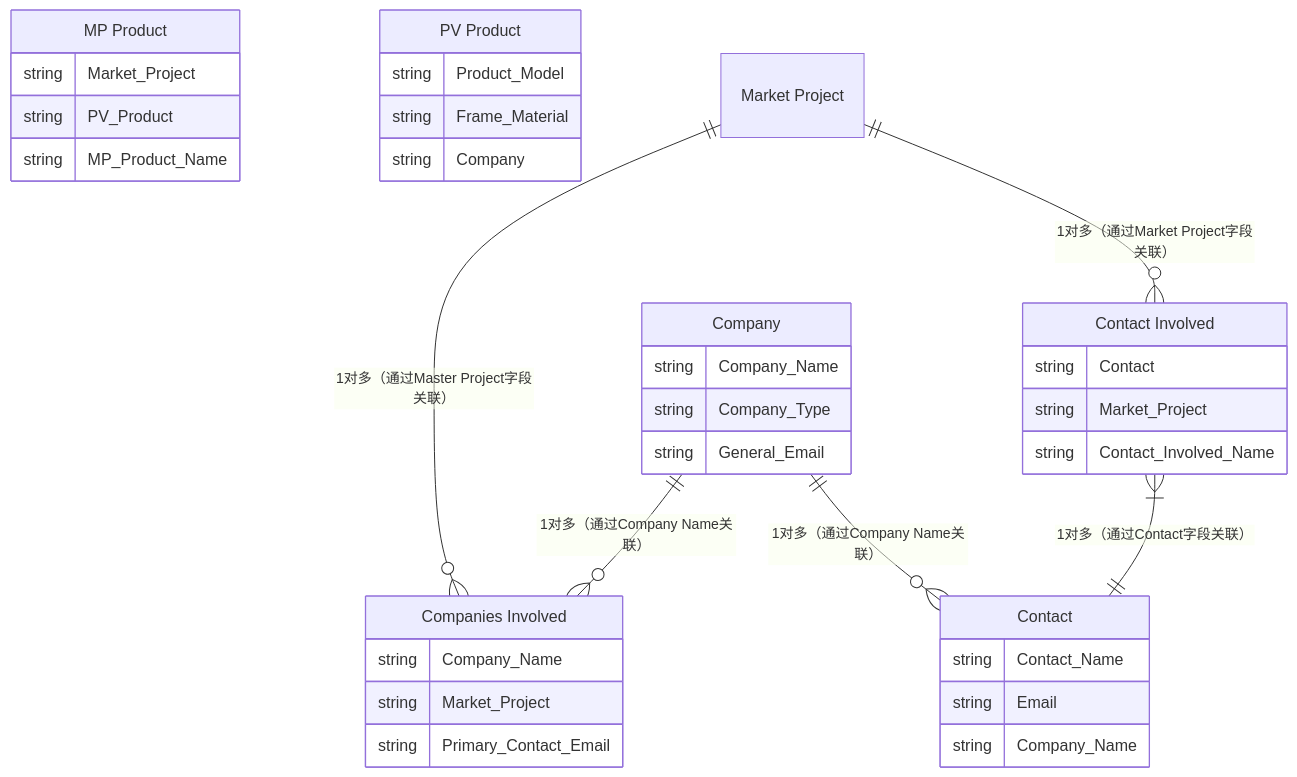
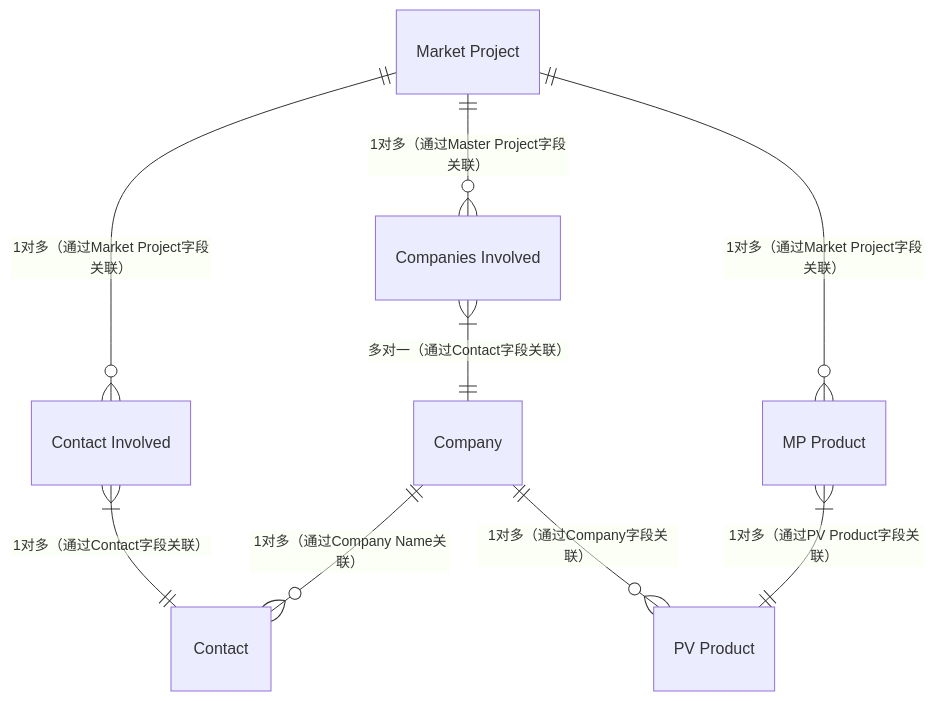
The diagram in all/Norden数据E-R图(7个对象，+contact).md (zhangziru-33/iodraw-files), drawn with Mermaid before and after one commit.

Commit message:
2025-12-04 14:54:18 update

````diff
--- a/all/Norden数据E-R图(7个对象，+contact).md
+++ b/all/Norden数据E-R图(7个对象，+contact).md
@@ -1,48 +1,20 @@
 ```mermaid
 erDiagram
-%% -- 中间关联层最后声明，放在右侧/底部
-    "Companies Involved" {
-        string Company_Name
-        string Market_Project
-        string Primary_Contact_Email
-    }
-    "Contact Involved" {
-        string Contact
-        string Market_Project
-        string Contact_Involved_Name
-    }
-    "MP Product" {
-        string Market_Project
-        string PV_Product
-        string MP_Product_Name
-    }
-    %% -- 核心主实体优先声明，放在左侧/顶部
-    Company {
-        string Company_Name
-        string Company_Type
-        string General_Email
-    }
-   
-    %% -- 关联实体次之，围绕主实体排布
-    Contact {
-        string Contact_Name
-        string Email
-        string Company_Name
-    }
-    "PV Product" {
-        string Product_Model
-        string Frame_Material
-        string Company
-    }
-
     
-    Company ||--o{ "Companies Involved" : "1对多（通过Company Name关联）"
-    %% Company ||--o{ "PV Product" : "1对多（通过Company字段关联）"
-    Company ||--o{ "Contact" : "1对多（通过Company Name关联）"
-    "Market Project" ||--o{ "Companies Involved" : "1对多（通过Master Project字段关联）"
+    
+    Company ||--o{ "PV Product" : "1对多（通过Company字段关联）"
+    
     "Market Project" ||--o{ "Contact Involved" : "1对多（通过Market Project字段关联）"
-    %% "Market Project" ||--o{ "MP Product" : "1对多（通过Market Project字段关联）"
-    %% "MP Product" }|--|| "PV Product" : "多对1（通过产品参数关联，如Frame Material）"
     "Contact Involved" }|--|| "Contact" : "1对多（通过Contact字段关联）"
     %% Contact ||--o{ "Conatct Involved" : "1对多（通过Conatct字段关联）"
+    Company ||--o{ "Contact" : "1对多（通过Company Name关联）"
+    %% Company ||--o{ "Companies Involved" : "1对多（通过Company Name关联）"
+    "Companies Involved" }|--|| "Company" : "多对一（通过Contact字段关联）"
+    "Market Project" ||--o{ "Companies Involved" : "1对多（通过Master Project字段关联）"
+    
+
+    "Market Project" ||--o{ "MP Product" : "1对多（通过Market Project字段关联）"
+    "MP Product" }|--|| "PV Product" : "1对多（通过PV Product字段关联）"
+   
+    
 ```
````
